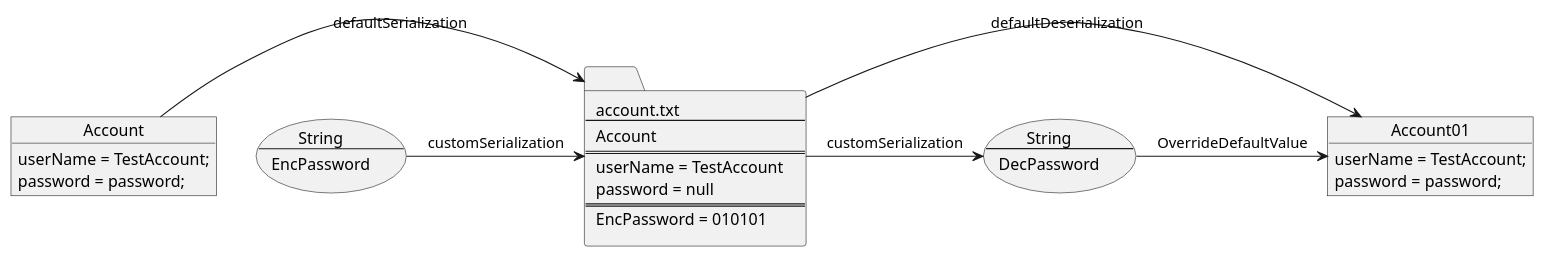
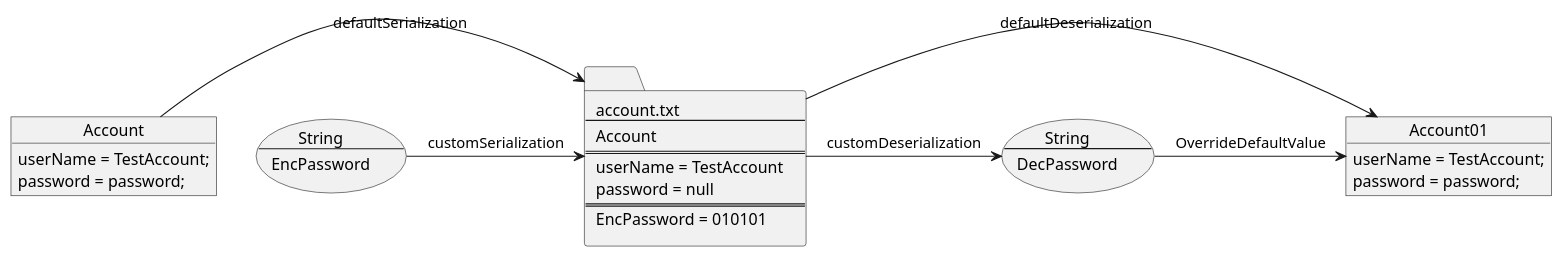
One commit to u-verma/serialization changed the diagram in customSerialization.iuml. Above: the diagram before and after it, drawn with PlantUML.

Commit message:
Custom Serialization key Points

```diff
--- a/customSerialization.iuml
+++ b/customSerialization.iuml
@@ -1,42 +1,42 @@
 @startuml
 
 Object Account{
 userName = TestAccount;
 password = password;
 }
 
 folder folder [
 account.txt
 ----
 Account
 ====
 userName = TestAccount
 password = null
 ====
 EncPassword = 010101
 ]
 
 usecase usecase [
 String
 ----
 EncPassword
 ]
 
 Object Account01{
 userName = TestAccount;
 password = password;
 }
 
 usecase usecase1 [
 String
 ----
 DecPassword
 ]
 
 usecase1 -> Account01 : OverrideDefaultValue
 Account -> folder : defaultSerialization
 usecase -> folder : customSerialization
-folder -> usecase1 : customSerialization
+folder -> usecase1 : customDeserialization
 folder -> Account01 : defaultDeserialization
 
 @enduml
```
